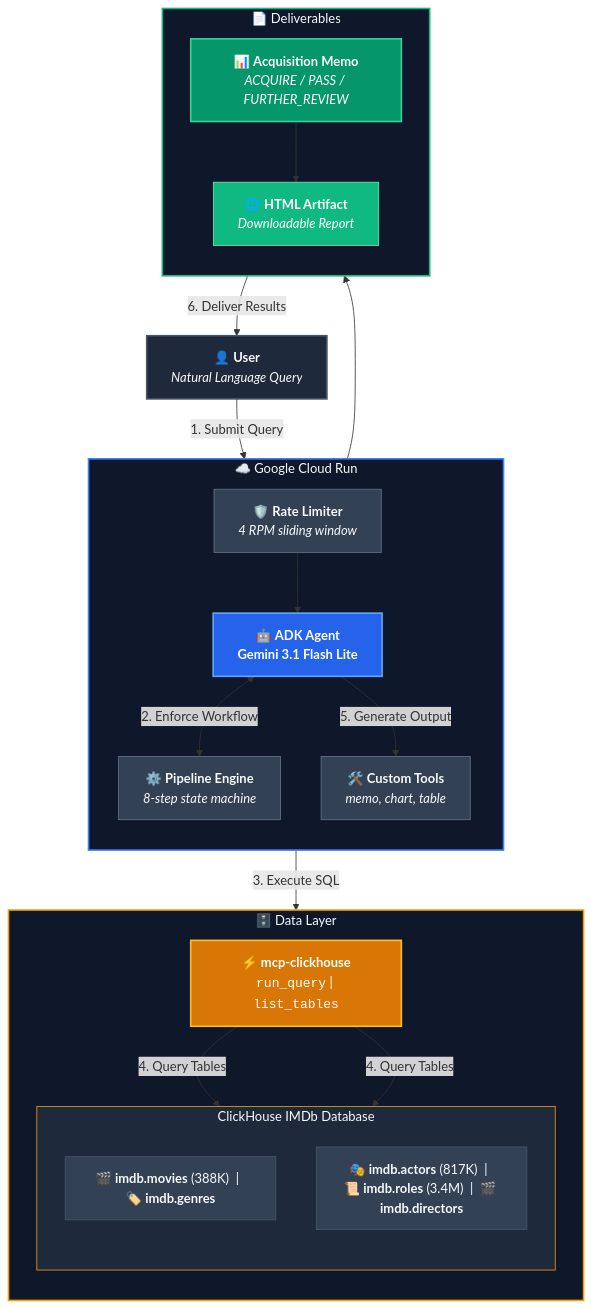
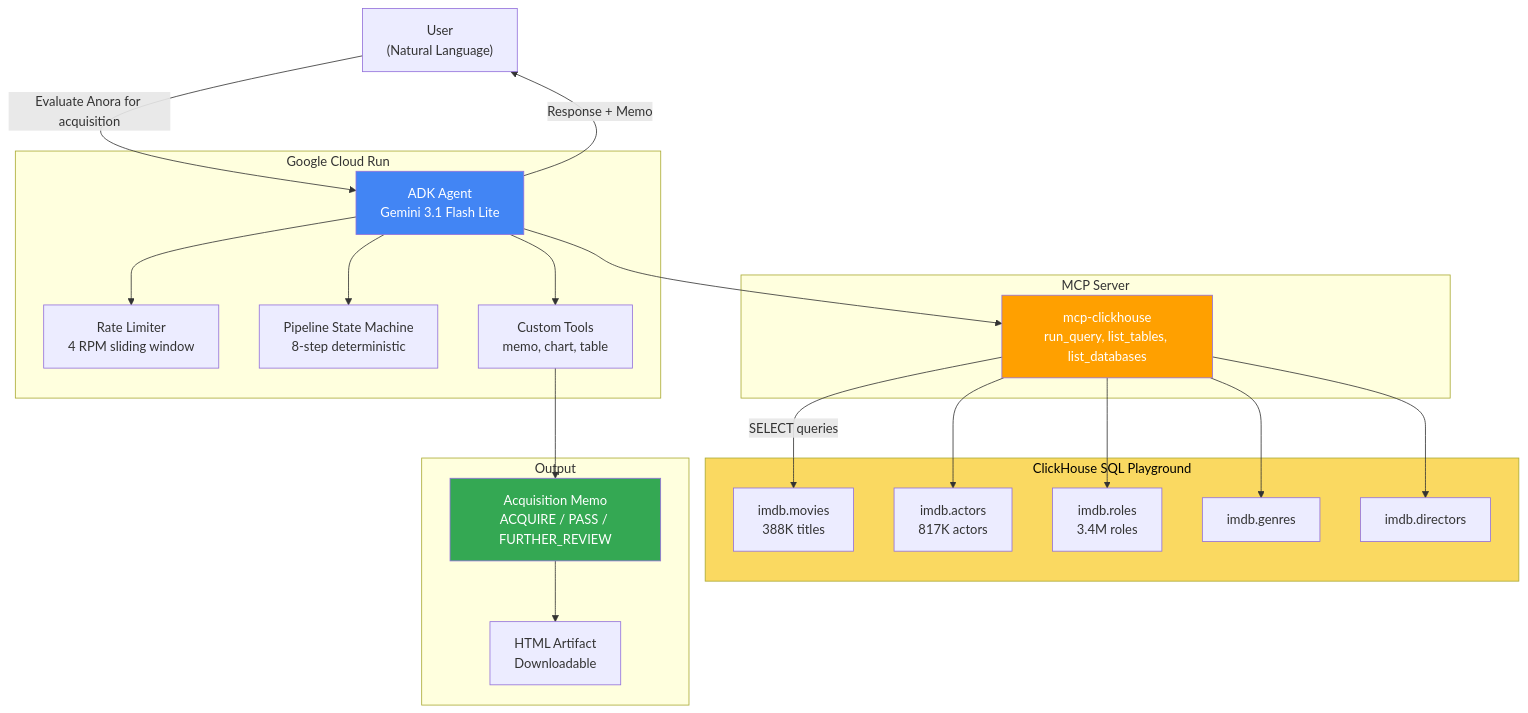
The first of 3 diagrams in README.md (Mayforhern/screenscore), drawn with Mermaid before and after one commit. The commit also changed other lines of this file, not shown here.

Commit message:
docs: add eight-step pipeline flowchart and anti-hallucination workflow to README

````diff
--- a/README.md
+++ b/README.md
@@ -36,58 +36,47 @@
 ```mermaid
-graph TD
-    User["👤 <b>User</b><br/><i>Natural Language Query</i>"]
-
-    subgraph CloudRun["☁️ Google Cloud Run"]
-        direction TB
-        RateLimiter["🛡️ <b>Rate Limiter</b><br/><i>4 RPM sliding window</i>"]
-        Agent["🤖 <b>ADK Agent</b><br/><b>Gemini 3.1 Flash Lite</b>"]
-        Pipeline["⚙️ <b>Pipeline Engine</b><br/><i>8-step state machine</i>"]
-        Tools["🛠️ <b>Custom Tools</b><br/><i>memo, chart, table</i>"]
+graph TB
+    User["User<br/>(Natural Language)"]
+    
+    subgraph CloudRun["Google Cloud Run"]
+        Agent["ADK Agent<br/>Gemini 3.1 Flash Lite"]
+        RateLimiter["Rate Limiter<br/>4 RPM sliding window"]
+        Pipeline["Pipeline State Machine<br/>8-step deterministic"]
+        Tools["Custom Tools<br/>memo, chart, table"]
     end
-
-    subgraph DataLayer["🗄️ Data Layer"]
-        direction TB
-        MCPClickHouse["⚡ <b>mcp-clickhouse</b><br/><code>run_query</code> | <code>list_tables</code>"]
-        subgraph ClickHouse["ClickHouse IMDb Database"]
-            direction TB
-            Core["🎬 <b>imdb.movies</b> (388K) &nbsp;|&nbsp; 🏷️ <b>imdb.genres</b>"]
-            People["🎭 <b>imdb.actors</b> (817K) &nbsp;|&nbsp; 📜 <b>imdb.roles</b> (3.4M) &nbsp;|&nbsp; 🎬 <b>imdb.directors</b>"]
-        end
+    
+    subgraph MCP["MCP Server"]
+        MCPClickHouse["mcp-clickhouse<br/>run_query, list_tables, list_databases"]
     end
-
-    subgraph Output["📄 Deliverables"]
-        direction TB
-        Memo["📊 <b>Acquisition Memo</b><br/><i>ACQUIRE / PASS / FURTHER_REVIEW</i>"]
-        Artifact["🌐 <b>HTML Artifact</b><br/><i>Downloadable Report</i>"]
+    
+    subgraph ClickHouse["ClickHouse SQL Playground"]
+        Movies["imdb.movies<br/>388K titles"]
+        Actors["imdb.actors<br/>817K actors"]
+        Roles["imdb.roles<br/>3.4M roles"]
+        Genres["imdb.genres"]
+        Directors["imdb.directors"]
     end
-
-    %% Data Flow
-    User -->|"1. Submit Query"| RateLimiter
-    RateLimiter --> Agent
-    Agent <-->|"2. Enforce Workflow"| Pipeline
-    Agent -->|"3. Execute SQL"| MCPClickHouse
-    MCPClickHouse -->|"4. Query Tables"| Core
-    MCPClickHouse -->|"4. Query Tables"| People
-    Agent -->|"5. Generate Output"| Tools
+    
+    subgraph Output["Output"]
+        Memo["Acquisition Memo<br/>ACQUIRE / PASS / FURTHER_REVIEW"]
+        Artifact["HTML Artifact<br/>Downloadable"]
+    end
+    
+    User -->|"Evaluate Anora for acquisition"| Agent
+    Agent --> RateLimiter
+    Agent --> Pipeline
+    Agent --> Tools
+    Agent --> MCPClickHouse
+    MCPClickHouse -->|"SELECT queries"| Movies
+    MCPClickHouse --> Actors
+    MCPClickHouse --> Roles
+    MCPClickHouse --> Genres
+    MCPClickHouse --> Directors
     Tools --> Memo
     Memo --> Artifact
-    Artifact -->|"6. Deliver Results"| User
-
-    %% Styling
-    style User fill:#1E293B,stroke:#475569,stroke-width:2px,color:#F8FAFC
-    style CloudRun fill:#0F172A,stroke:#3B82F6,stroke-width:2px,color:#F8FAFC
-    style Agent fill:#2563EB,stroke:#60A5FA,stroke-width:2px,color:#FFFFFF
-    style RateLimiter fill:#334155,stroke:#64748B,color:#F8FAFC
-    style Pipeline fill:#334155,stroke:#64748B,color:#F8FAFC
-    style Tools fill:#334155,stroke:#64748B,color:#F8FAFC
-
-    style DataLayer fill:#0F172A,stroke:#F59E0B,stroke-width:2px,color:#F8FAFC
-    style MCPClickHouse fill:#D97706,stroke:#FBBF24,stroke-width:2px,color:#FFFFFF
-    style ClickHouse fill:#1E293B,stroke:#F59E0B,color:#F8FAFC
-    style Core fill:#334155,stroke:#475569,color:#F8FAFC
-    style People fill:#334155,stroke:#475569,color:#F8FAFC
-
-    style Output fill:#0F172A,stroke:#10B981,stroke-width:2px,color:#F8FAFC
-    style Memo fill:#059669,stroke:#34D399,stroke-width:2px,color:#FFFFFF
-    style Artifact fill:#10B981,stroke:#6EE7B7,color:#FFFFFF
+    Agent -->|"Response + Memo"| User
+    
+    style Agent fill:#4285F4,color:#fff
+    style MCPClickHouse fill:#FFA000,color:#fff
+    style ClickHouse fill:#FAD961,color:#000
+    style Memo fill:#34A853,color:#fff
 ```
````
